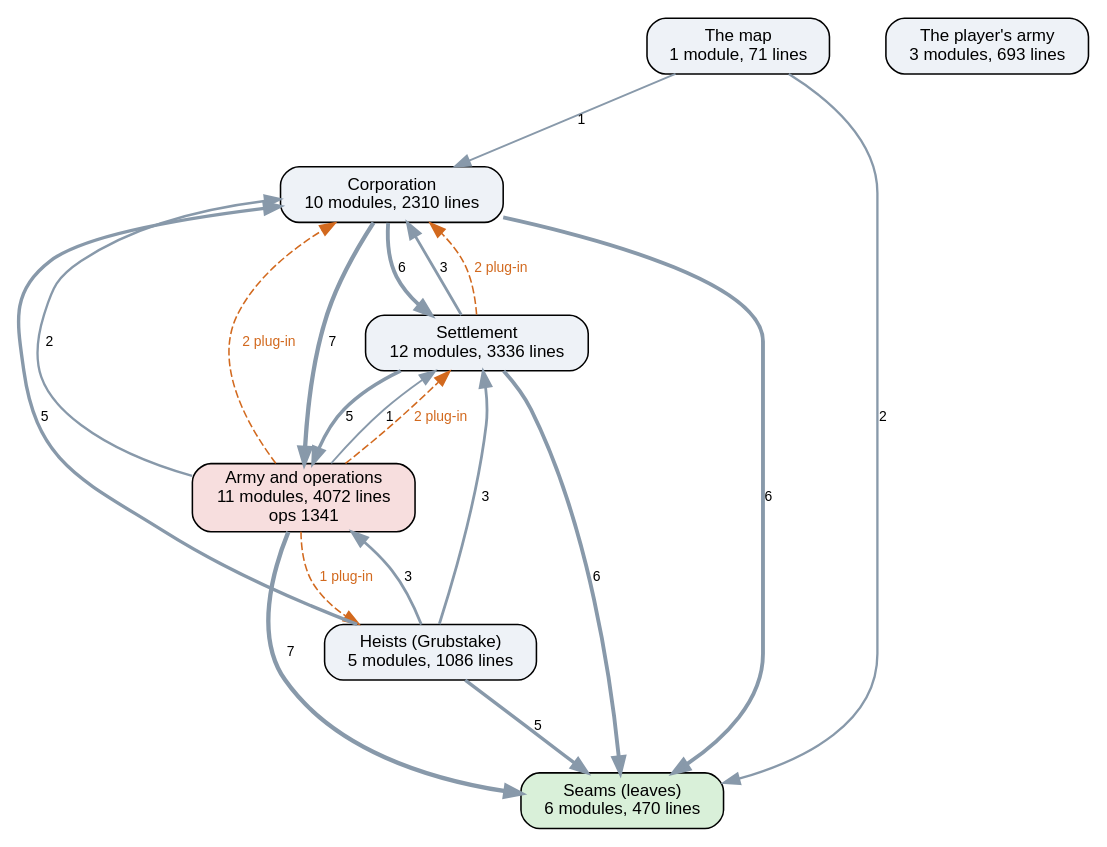
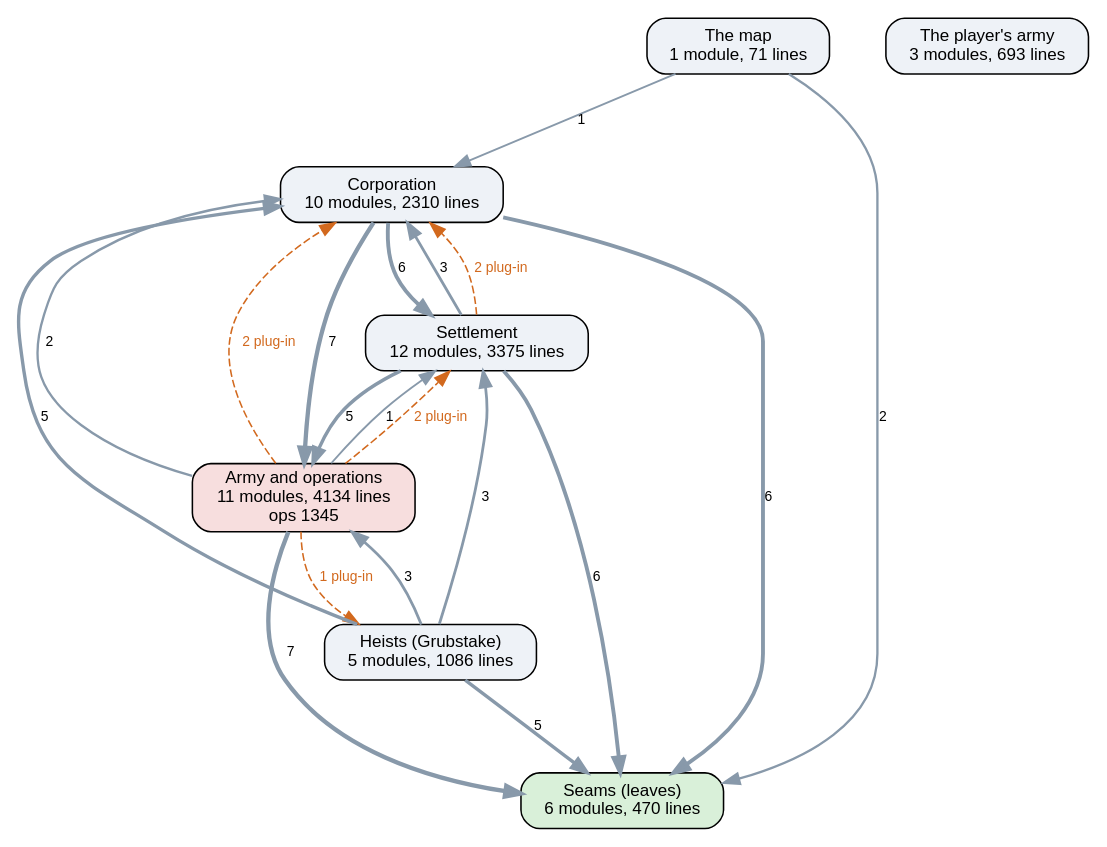
Before and after one commit to kinelhu/landing-party: the diagram in docs/ai-layers.dot, drawn with Graphviz. The commit also changed 14 other files, not shown here.

```diff
--- a/docs/ai-layers.dot
+++ b/docs/ai-layers.dot
@@ -1,31 +1,31 @@
 digraph layers {
   graph [rankdir=TB, fontname="Helvetica", nodesep=0.5, ranksep=0.7];
   node [shape=box, style="rounded,filled", fontname="Helvetica", fontsize=11, fillcolor="#eef2f7"];
   edge [color="#8899aa", fontname="Helvetica", fontsize=9];
   "Seams (leaves)" [label="Seams (leaves)\n6 modules, 470 lines", fillcolor="#d9f0d9"];
   "Corporation" [label="Corporation\n10 modules, 2310 lines", fillcolor="#eef2f7"];
-  "Settlement" [label="Settlement\n12 modules, 3336 lines", fillcolor="#eef2f7"];
-  "Army and operations" [label="Army and operations\n11 modules, 4072 lines\nops 1341", fillcolor="#f7dede"];
+  "Settlement" [label="Settlement\n12 modules, 3375 lines", fillcolor="#eef2f7"];
+  "Army and operations" [label="Army and operations\n11 modules, 4134 lines\nops 1345", fillcolor="#f7dede"];
   "Heists (Grubstake)" [label="Heists (Grubstake)\n5 modules, 1086 lines", fillcolor="#eef2f7"];
   "The map" [label="The map\n1 module, 71 lines", fillcolor="#eef2f7"];
   "The player's army" [label="The player's army\n3 modules, 693 lines", fillcolor="#eef2f7"];
   "Army and operations" -> "Corporation" [label="2", penwidth=1.5];
   "Army and operations" -> "Seams (leaves)" [label="7", penwidth=2.8];
   "Army and operations" -> "Settlement" [label="1", penwidth=1.2];
   "Corporation" -> "Army and operations" [label="7", penwidth=2.8];
   "Corporation" -> "Seams (leaves)" [label="6", penwidth=2.5];
   "Corporation" -> "Settlement" [label="6", penwidth=2.5];
   "Heists (Grubstake)" -> "Army and operations" [label="3", penwidth=1.8];
   "Heists (Grubstake)" -> "Corporation" [label="5", penwidth=2.2];
   "Heists (Grubstake)" -> "Seams (leaves)" [label="5", penwidth=2.2];
   "Heists (Grubstake)" -> "Settlement" [label="3", penwidth=1.8];
   "Settlement" -> "Army and operations" [label="5", penwidth=2.2];
   "Settlement" -> "Corporation" [label="3", penwidth=1.8];
   "Settlement" -> "Seams (leaves)" [label="6", penwidth=2.5];
   "The map" -> "Corporation" [label="1", penwidth=1.2];
   "The map" -> "Seams (leaves)" [label="2", penwidth=1.5];
   "Army and operations" -> "Corporation" [style=dashed, color="#d2691e", fontcolor="#d2691e", label="2 plug-in"];
   "Army and operations" -> "Heists (Grubstake)" [style=dashed, color="#d2691e", fontcolor="#d2691e", label="1 plug-in"];
   "Army and operations" -> "Settlement" [style=dashed, color="#d2691e", fontcolor="#d2691e", label="2 plug-in"];
   "Settlement" -> "Corporation" [style=dashed, color="#d2691e", fontcolor="#d2691e", label="2 plug-in"];
 }
```
